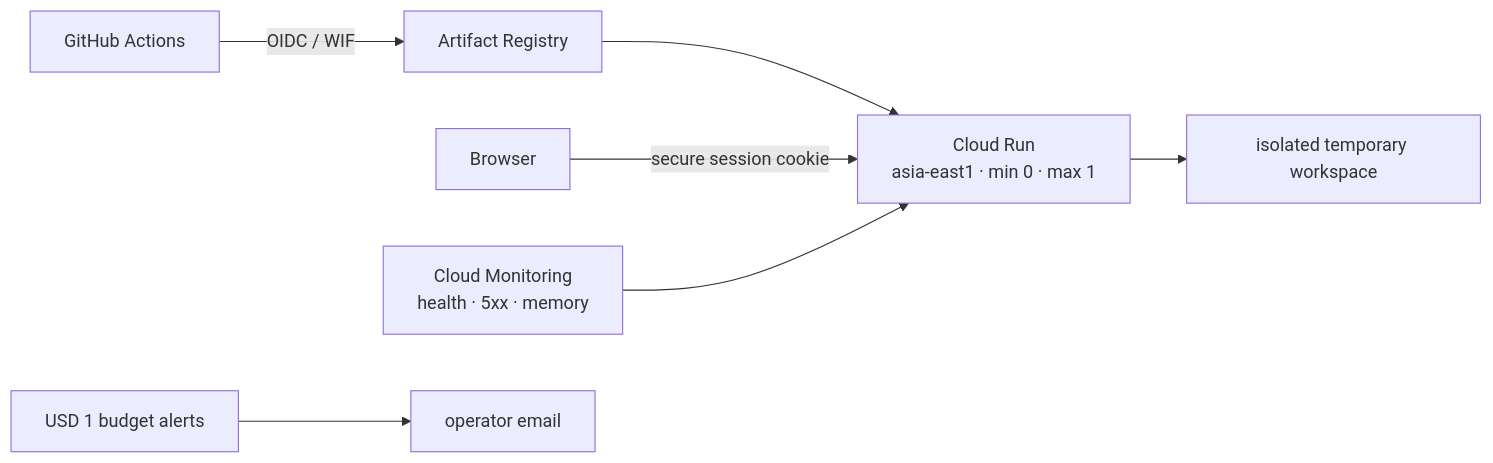
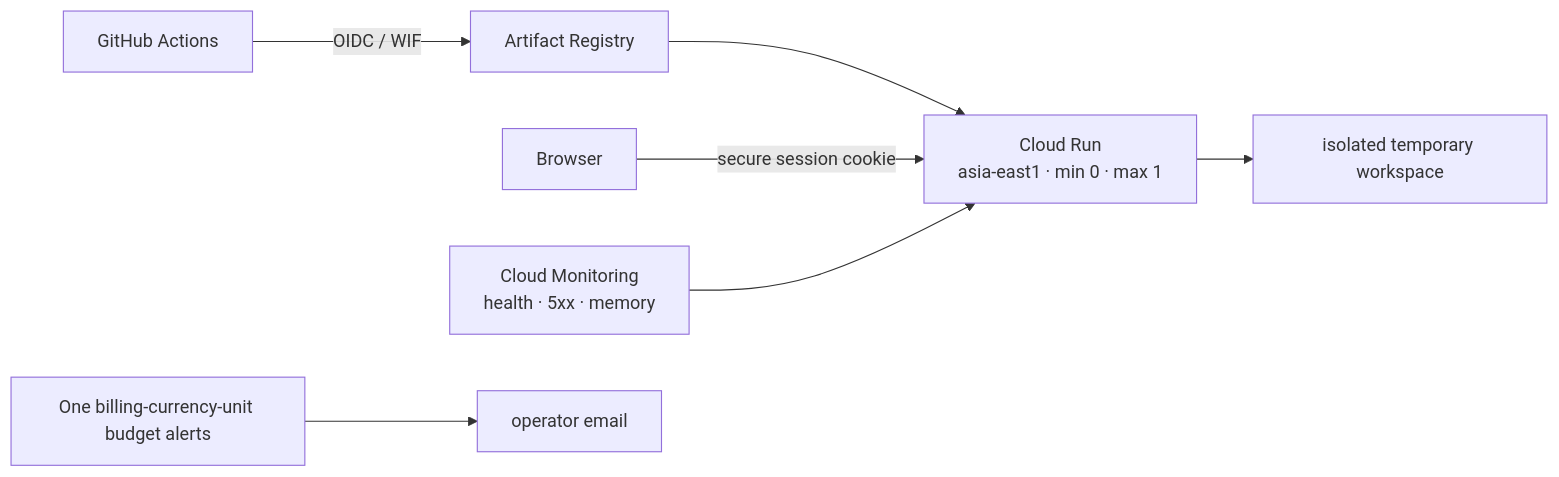
The diagram in README.md (iamshiehpay/english-interview-practice), drawn with Mermaid before and after one commit. The commit also changed other lines of this file and 8 other files, not shown here.

Commit message:
fix: Match budget to billing account currency

````diff
--- a/README.md
+++ b/README.md
@@ -23,9 +23,9 @@
 ```mermaid
 flowchart LR
   GH[GitHub Actions] -->|OIDC / WIF| AR[Artifact Registry]
   AR --> CR[Cloud Run\nasia-east1 · min 0 · max 1]
   Browser -->|secure session cookie| CR
   CR --> Temp[isolated temporary workspace]
   Monitor[Cloud Monitoring\nhealth · 5xx · memory] --> CR
-  Budget[USD 1 budget alerts] --> Operator[operator email]
+  Budget[One billing-currency-unit budget alerts] --> Operator[operator email]
 ```
````
